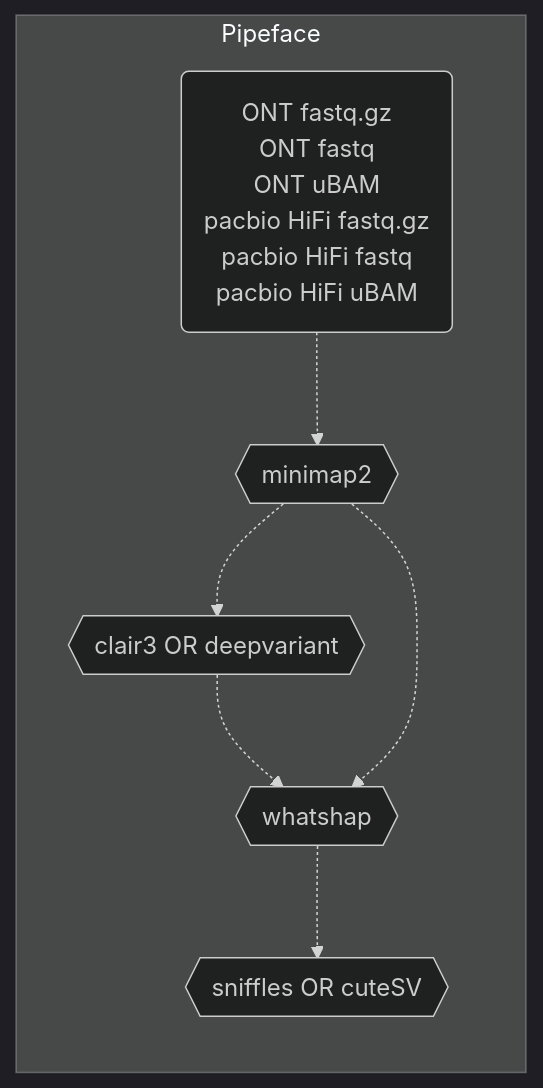
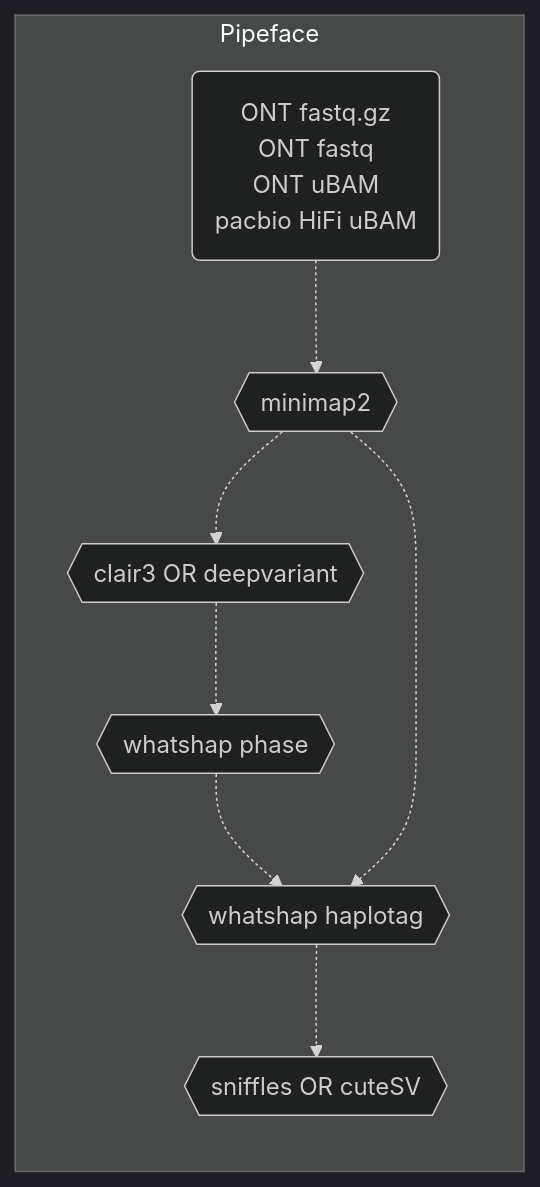
One commit to leahkemp/pipeface changed the first of 2 diagrams in README.md. Above: the diagram before and after it, drawn with Mermaid. The commit also changed other lines of this file and 2 other files, not shown here.

Commit message:
phase directly with whatshap, collapse resource definition

````diff
--- a/README.md
+++ b/README.md
@@ -16,18 +16,19 @@
 ```mermaid
 %%{init: {'theme':'dark'}}%%
 flowchart LR
 
 subgraph "Pipeface"
 
-input_data("ONT fastq.gz \n ONT fastq \n ONT uBAM \n pacbio HiFi fastq.gz \n pacbio HiFi fastq \n pacbio HiFi uBAM")
+input_data("ONT fastq.gz \n ONT fastq \n ONT uBAM \n pacbio HiFi uBAM")
 minimap2{{"minimap2"}}
 snp_indel_caller{{"clair3 OR deepvariant"}}
-whatshap{{"whatshap"}}
+whatshap_phase{{"whatshap phase"}}
+whatshap_haplotag{{"whatshap haplotag"}}
 sv_caller{{"sniffles OR cuteSV"}}
 
-input_data-.->minimap2-.->snp_indel_caller-.->whatshap-.->sv_caller
-minimap2-.->whatshap
+input_data-.->minimap2-.->snp_indel_caller-.->whatshap_phase-.->whatshap_haplotag-.->sv_caller
+minimap2-.->whatshap_haplotag
 
 end
 
 ```
````
